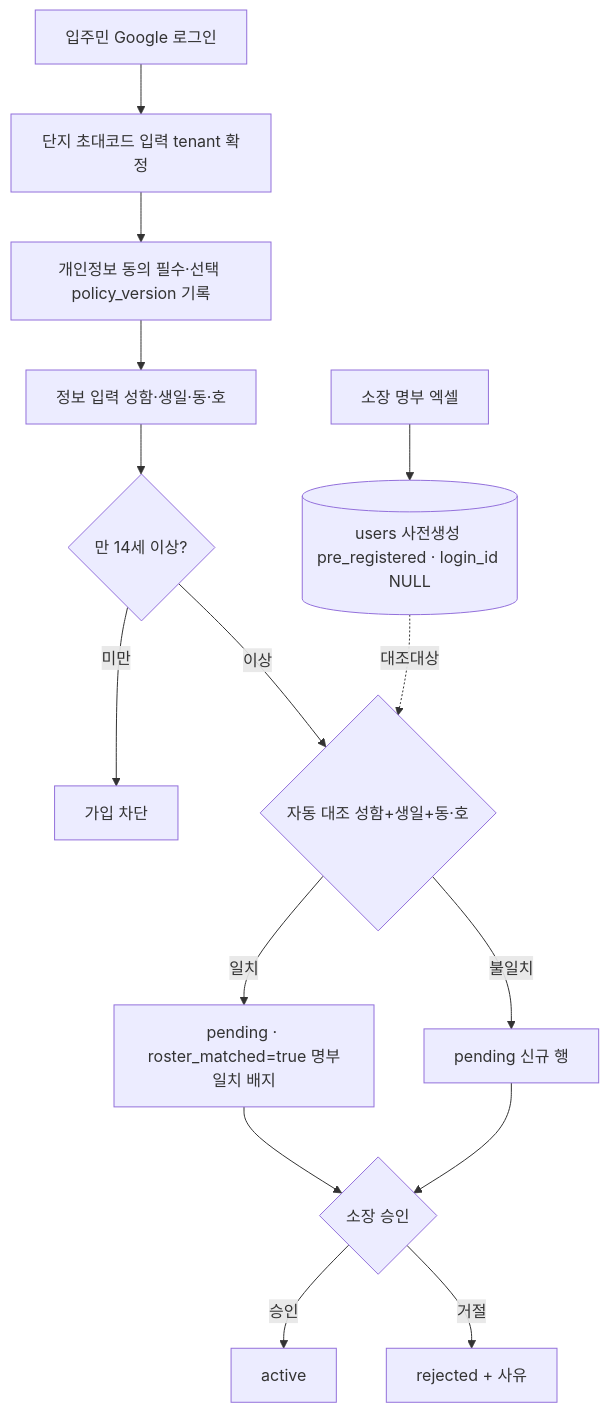
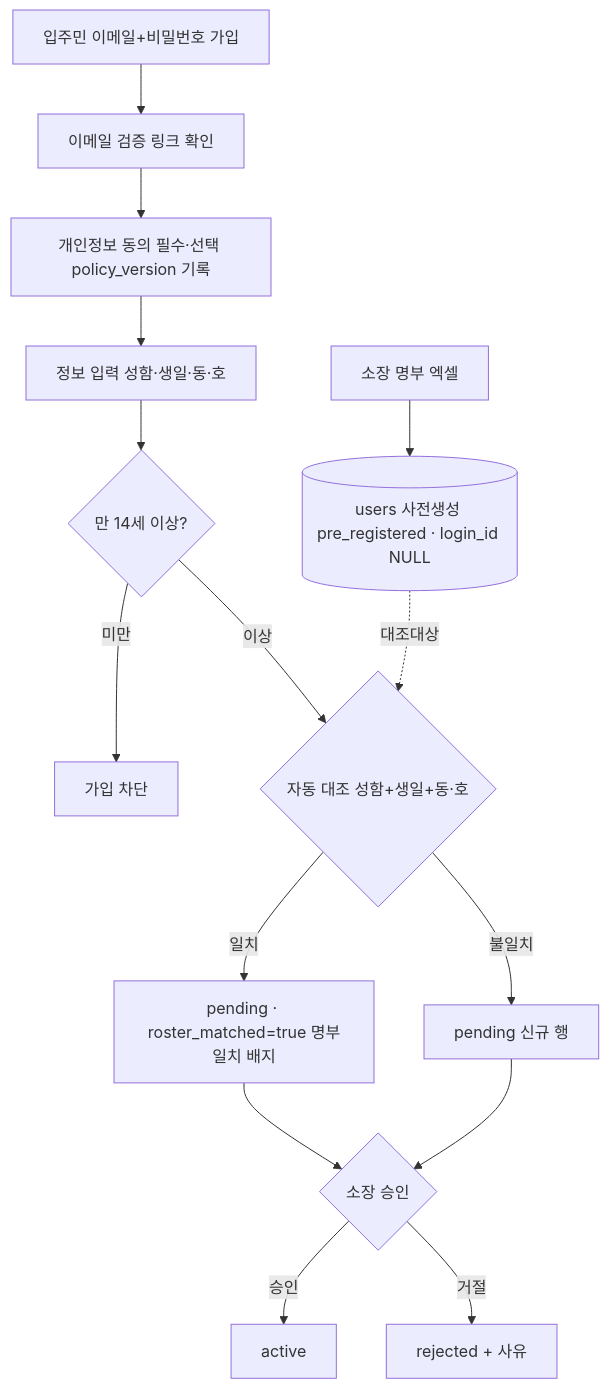
The fourth of 6 diagrams in docs/11-data-architecture.md (romis9724/LIVIQ), drawn with Mermaid before and after one commit. The commit also changed other lines of this file and 12 other files, not shown here.

````diff
--- a/docs/11-data-architecture.md
+++ b/docs/11-data-architecture.md
@@ -98,17 +98,17 @@
 ```mermaid
 flowchart TD
   RX[소장 명부 엑셀] --> PR[(users 사전생성 pre_registered · login_id NULL)]
-  G[입주민 Google 로그인] --> IV[단지 초대코드 입력 tenant 확정]
-  IV --> CS[개인정보 동의 필수·선택 policy_version 기록]
+  G[입주민 이메일+비밀번호 가입] --> EV[이메일 검증 링크 확인]
+  EV --> CS[개인정보 동의 필수·선택 policy_version 기록]
   CS --> INF[정보 입력 성함·생일·동·호]
   INF --> AGE{만 14세 이상?}
   AGE -->|미만| BLK[가입 차단]
   AGE -->|이상| MT{자동 대조 성함+생일+동·호}
   PR -.대조대상.-> MT
   MT -->|일치| P1[pending · roster_matched=true 명부일치 배지]
   MT -->|불일치| P2[pending 신규 행]
   P1 --> AP{소장 승인}
   P2 --> AP
   AP -->|승인| AC[active]
   AP -->|거절| RJ[rejected + 사유]
 ```
````
